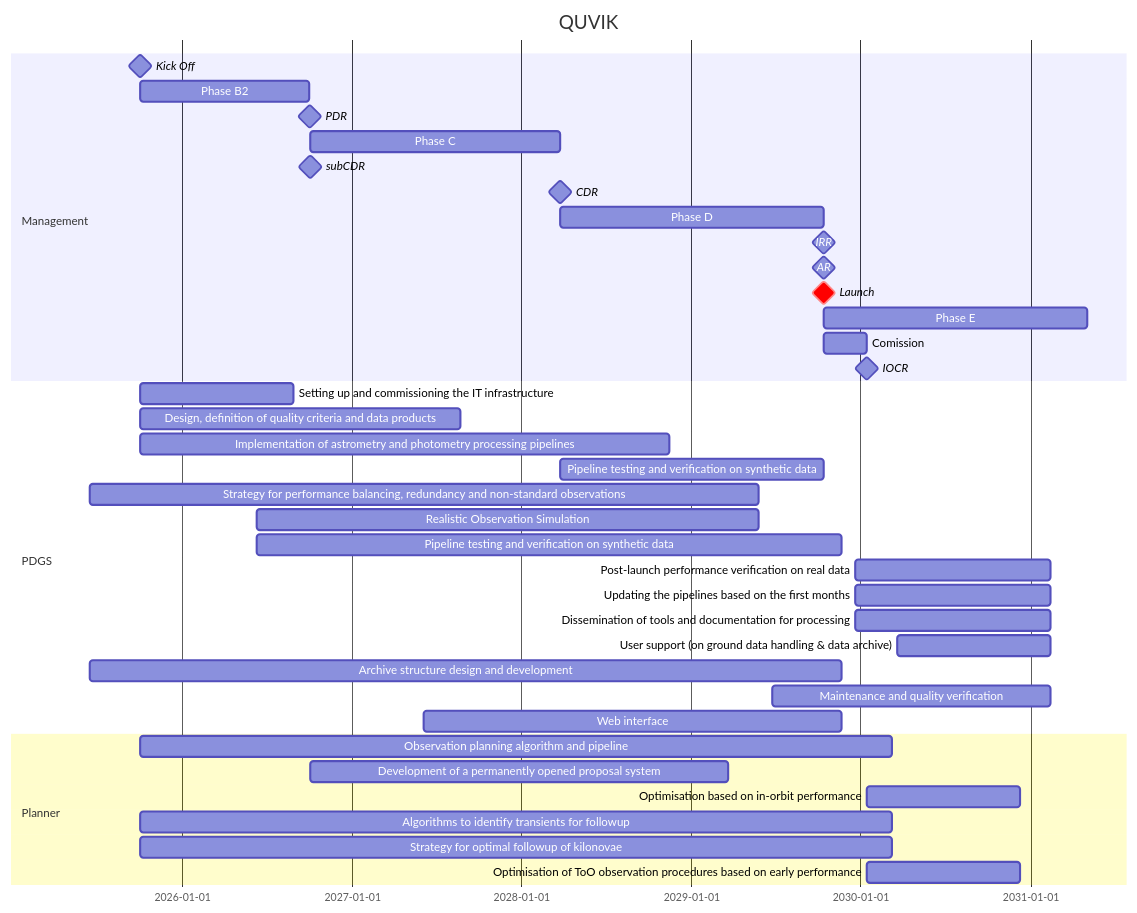
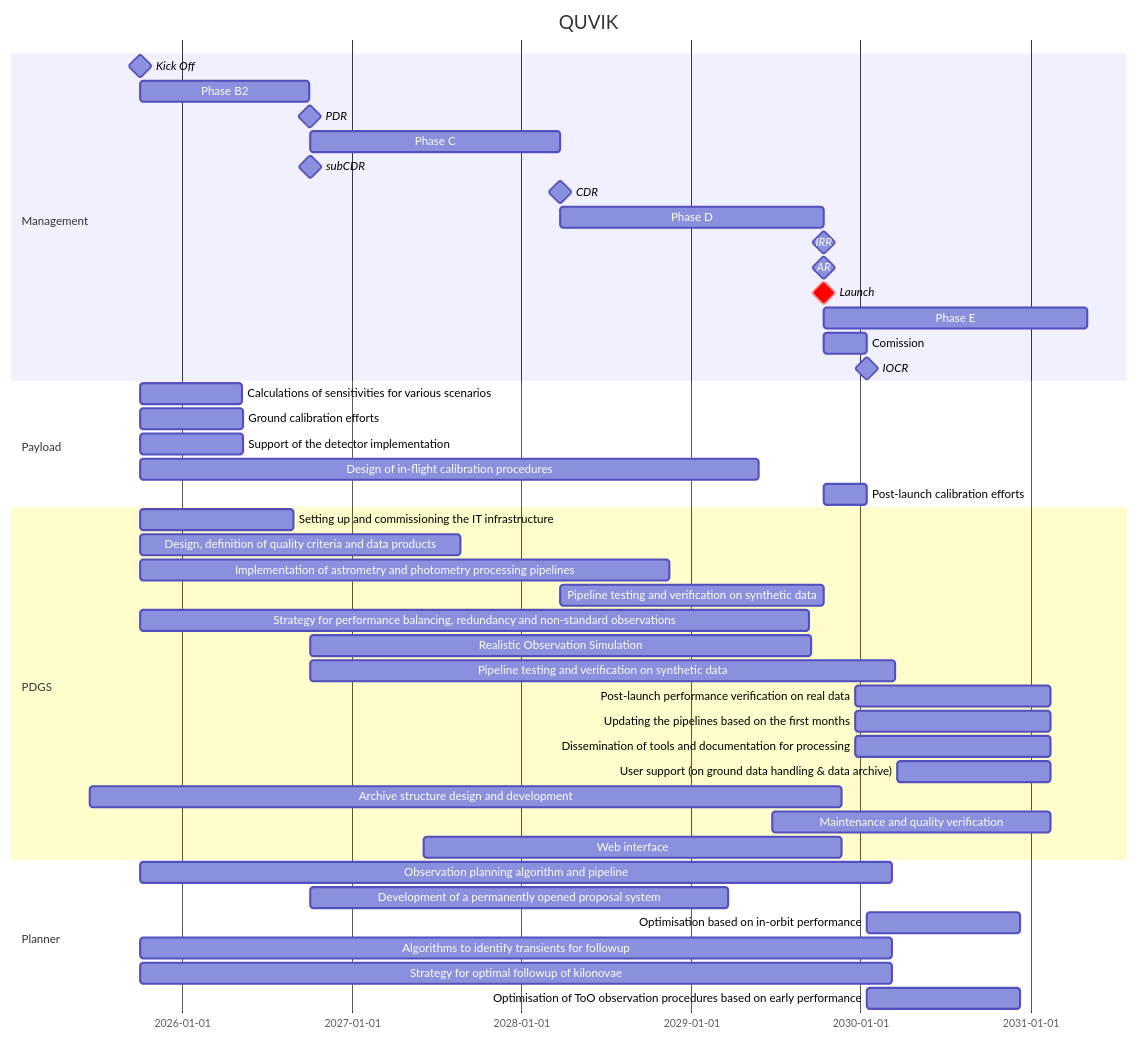
One commit to limu007/quvik changed the diagram in calib/Block.md. Above: the diagram before and after it, drawn with Mermaid.

````diff
--- a/calib/Block.md
+++ b/calib/Block.md
@@ -3,43 +3,50 @@
 ```mermaid
 gantt
     title QUVIK
     dateFormat  YYYY-MM-DD
     section Management
     Kick Off : milestone, m1, 2025-09-31, 1d
     Phase B2 : b2, after m1, 52w
     PDR : milestone, pdr, after b2, 1d
     Phase C : c1, after pdr, 77w
     subCDR :  milestone, sc1, after pdr + 52w, 1d
     CDR : milestone, cdr, after c1, 1d
     Phase D : d1, after cdr, 81w
     IRR : milestone, irr, after d1, 1d
     AR : milestone, ar, after d1, 1d
     Launch : crit, milestone, frr, after d1, 1d
     Phase E : e1, after frr, 81w
     Comission : e2, after frr, 13w
     IOCR : milestone, iocr, after e2, 1d
-    
+
+    section Payload
+    Calculations of sensitivities for various scenarios :  after m1 , 220d 
+    Ground calibration efforts :  after m1 , 221d 
+    Support of the detector implementation :  after m1 , 222d 
+    Design of in-flight calibration procedures :  after m1 , 1332d 
+    Post-launch calibration efforts :  after frr , until iocr 
+
     section PDGS
     Setting up and commissioning the IT infrastructure : after m1, 330d
     Design, definition of quality criteria and data products : 	after m1	, 690d
     Implementation of astrometry and photometry processing pipelines : 	after m1 , 1140d
     Pipeline testing and verification on synthetic data : pp, after cdr, until frr
-    Strategy for performance balancing, redundancy and non-standard observations :  2025-06-15 , 1440d
-    Realistic Observation Simulation :  2026-06-10 , 1080d
-    Pipeline testing and verification on synthetic data :  2026-06-10 , 1260d
+    Strategy for performance balancing, redundancy and non-standard observations :  after m1 , 1440d
+    Realistic Observation Simulation :  after pdr , 1080d
+    Pipeline testing and verification on synthetic data :  after pdr , 1260d
     Post-launch performance verification on real data :  2029-12-21 , 420d
     Updating the pipelines based on the first months :  2029-12-21 , 420d
     Dissemination of tools and documentation for processing :  2029-12-21 , 420d
      User support (on ground data handling & data archive) :  2030-03-21 , 330d
      Archive structure design and development :  2025-06-15 , 1620d
      Maintenance and quality verification :  2029-06-24 , 600d
      Web interface :  2027-06-05 , 900d
 
     section Planner
     Observation planning algorithm and pipeline :  after m1 , 1620d
     Development of a permanently opened proposal system :  after sc1 , 900d
     Optimisation based on in-orbit performance :  after iocr , 330d
     Algorithms to identify transients for followup :  after m1 , 1620d
     Strategy for optimal followup of kilonovae :  after m1 , 1620d
     Optimisation of ToO observation procedures based on early performance :  after iocr , 330d
 ```
````
